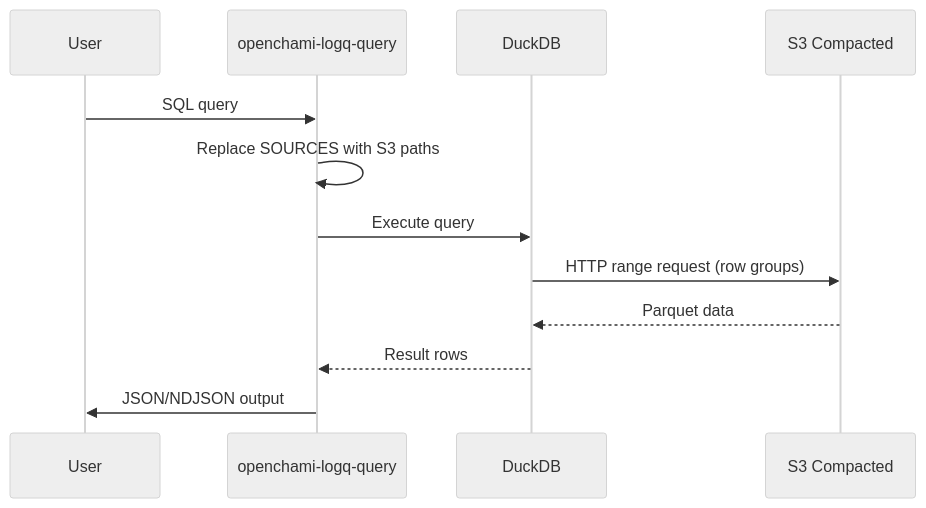
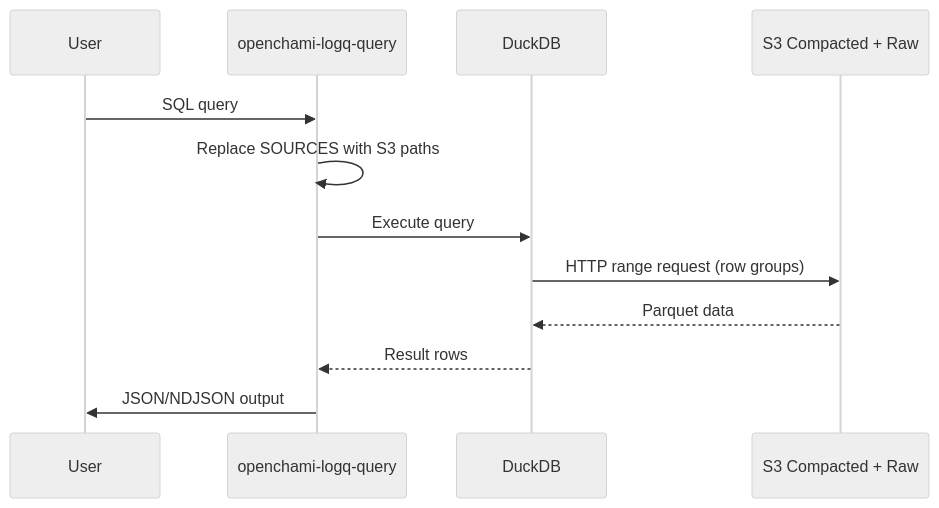
The sixth of 6 diagrams in docs/ARCHITECTURE.md (OpenCHAMI/legendary-funicular), drawn with Mermaid (neutral theme) before and after one commit. The commit also changed other lines of this file and 11 other files, not shown here.

````diff
--- a/docs/ARCHITECTURE.md
+++ b/docs/ARCHITECTURE.md
@@ -258,15 +242,15 @@
 ```mermaid
 sequenceDiagram
     participant User
     participant CLI as openchami-logq-query
     participant DuckDB
-    participant S3 as S3 Compacted
+    participant S3 as S3 Compacted + Raw
 
     User->>CLI: SQL query
     CLI->>CLI: Replace SOURCES with S3 paths
     CLI->>DuckDB: Execute query
     DuckDB->>S3: HTTP range request (row groups)
     S3-->>DuckDB: Parquet data
     DuckDB-->>CLI: Result rows
     CLI->>User: JSON/NDJSON output
 ```
````
